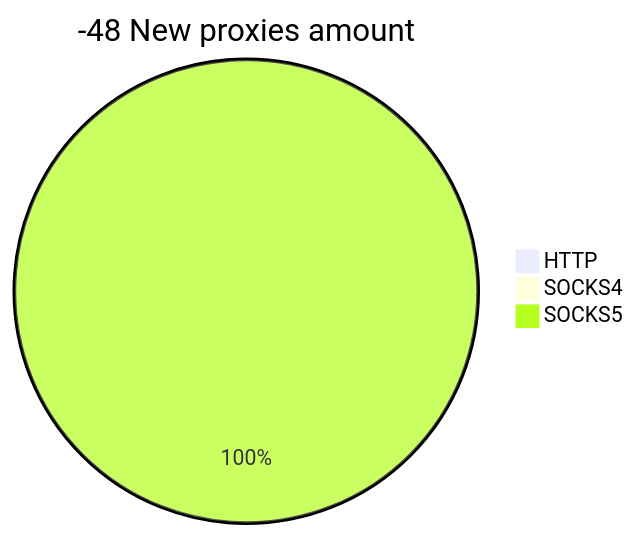
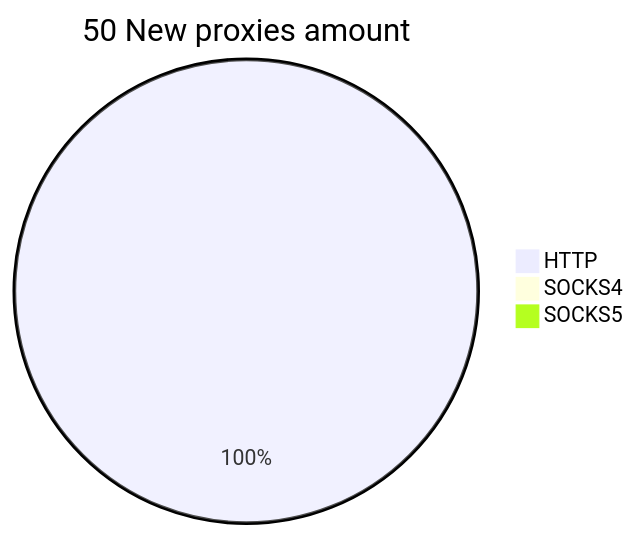
One commit to cutipu/proxylist changed the second of 2 diagrams in README.md. Above: the diagram before and after it, drawn with Mermaid. The commit also changed other lines of this file, not shown here.

````diff
--- a/README.md
+++ b/README.md
@@ -10,6 +10,6 @@
 ```mermaid
-pie title -48 New proxies amount
-    "HTTP" : 0
+pie title 50 New proxies amount
+    "HTTP" : 50
     "SOCKS4" : 0
-    "SOCKS5" : 2
+    "SOCKS5" : 0
 ```
````
